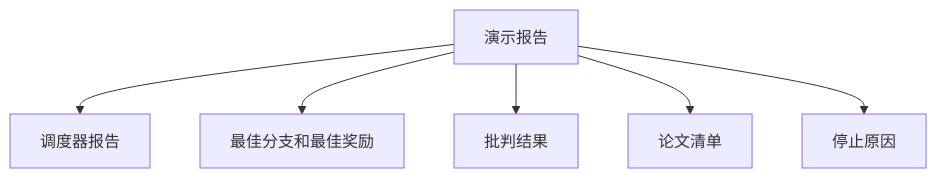
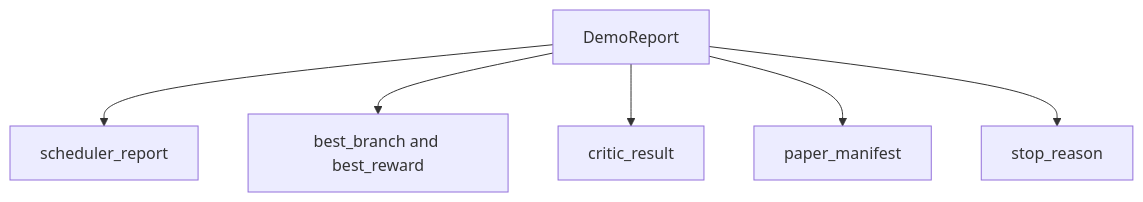
Before and after one commit to xiaojiaenen/ai-engineering-from-scratch-zh: the third of 3 diagrams in i18n/zh/phases/19-capstone-projects/57-end-to-end-research-demo/docs/zh.md, drawn with Mermaid. The commit also changed other lines of this file and 85 other files, not shown here.

````diff
--- a/i18n/zh/phases/19-capstone-projects/57-end-to-end-research-demo/docs/zh.md
+++ b/i18n/zh/phases/19-capstone-projects/57-end-to-end-research-demo/docs/zh.md
@@ -62,8 +61,8 @@
 ```mermaid
 flowchart TB
-    Rep[演示报告] --> Sch[调度器报告]
-    Rep --> Pick[最佳分支和最佳奖励]
-    Rep --> Cri[批判结果]
-    Rep --> Pap[论文清单]
-    Rep --> Term[停止原因]
+    Rep[DemoReport] --> Sch[scheduler_report]
+    Rep --> Pick[best_branch and best_reward]
+    Rep --> Cri[critic_result]
+    Rep --> Pap[paper_manifest]
+    Rep --> Term[stop_reason]
 ```
````
